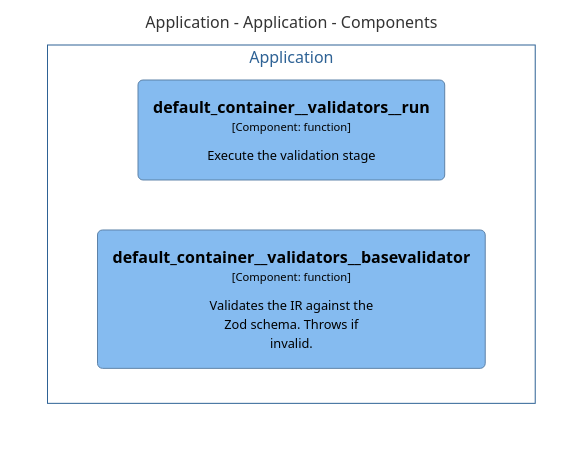
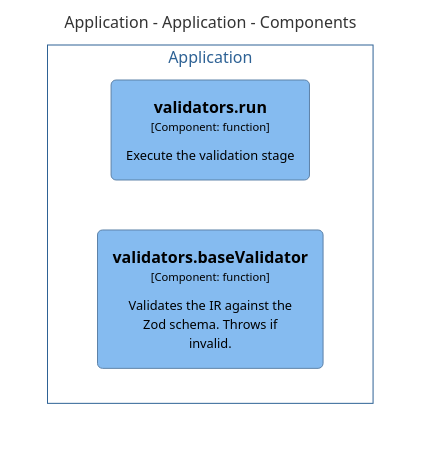
The diagram in docs/architecture/diagrams/mermaid/structurizr-Classes_default_container__validators.mmd (chrislyons-dev/archlette), drawn with Mermaid before and after one commit. The commit also changed 43 other files, not shown here.

```diff
--- a/docs/architecture/diagrams/mermaid/structurizr-Classes_default_container__validators.mmd
+++ b/docs/architecture/diagrams/mermaid/structurizr-Classes_default_container__validators.mmd
@@ -1,16 +1,16 @@
 graph TB
   linkStyle default fill:#ffffff
 
   subgraph diagram ["Application - Application - Components"]
     style diagram fill:#ffffff,stroke:#ffffff
 
     subgraph 8 ["Application"]
       style 8 fill:#ffffff,stroke:#2e6295,color:#2e6295
 
-      29("<div style='font-weight: bold'>default_container__validators__run</div><div style='font-size: 70%; margin-top: 0px'>[Component: function]</div><div style='font-size: 80%; margin-top:10px'>Execute the validation stage</div>")
+      29("<div style='font-weight: bold'>validators.run</div><div style='font-size: 70%; margin-top: 0px'>[Component: function]</div><div style='font-size: 80%; margin-top:10px'>Execute the validation stage</div>")
       style 29 fill:#85bbf0,stroke:#5d82a8,color:#000000
-      97("<div style='font-weight: bold'>default_container__validators__basevalidator</div><div style='font-size: 70%; margin-top: 0px'>[Component: function]</div><div style='font-size: 80%; margin-top:10px'>Validates the IR against the<br />Zod schema. Throws if<br />invalid.</div>")
+      97("<div style='font-weight: bold'>validators.baseValidator</div><div style='font-size: 70%; margin-top: 0px'>[Component: function]</div><div style='font-size: 80%; margin-top:10px'>Validates the IR against the<br />Zod schema. Throws if<br />invalid.</div>")
       style 97 fill:#85bbf0,stroke:#5d82a8,color:#000000
     end
 
   end
```
